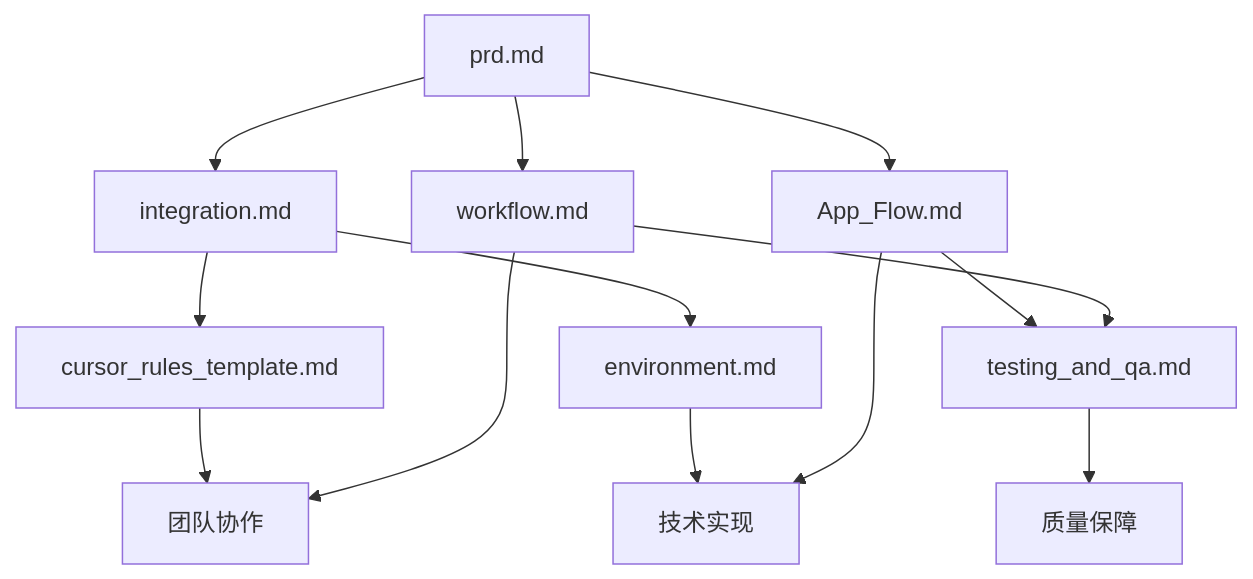
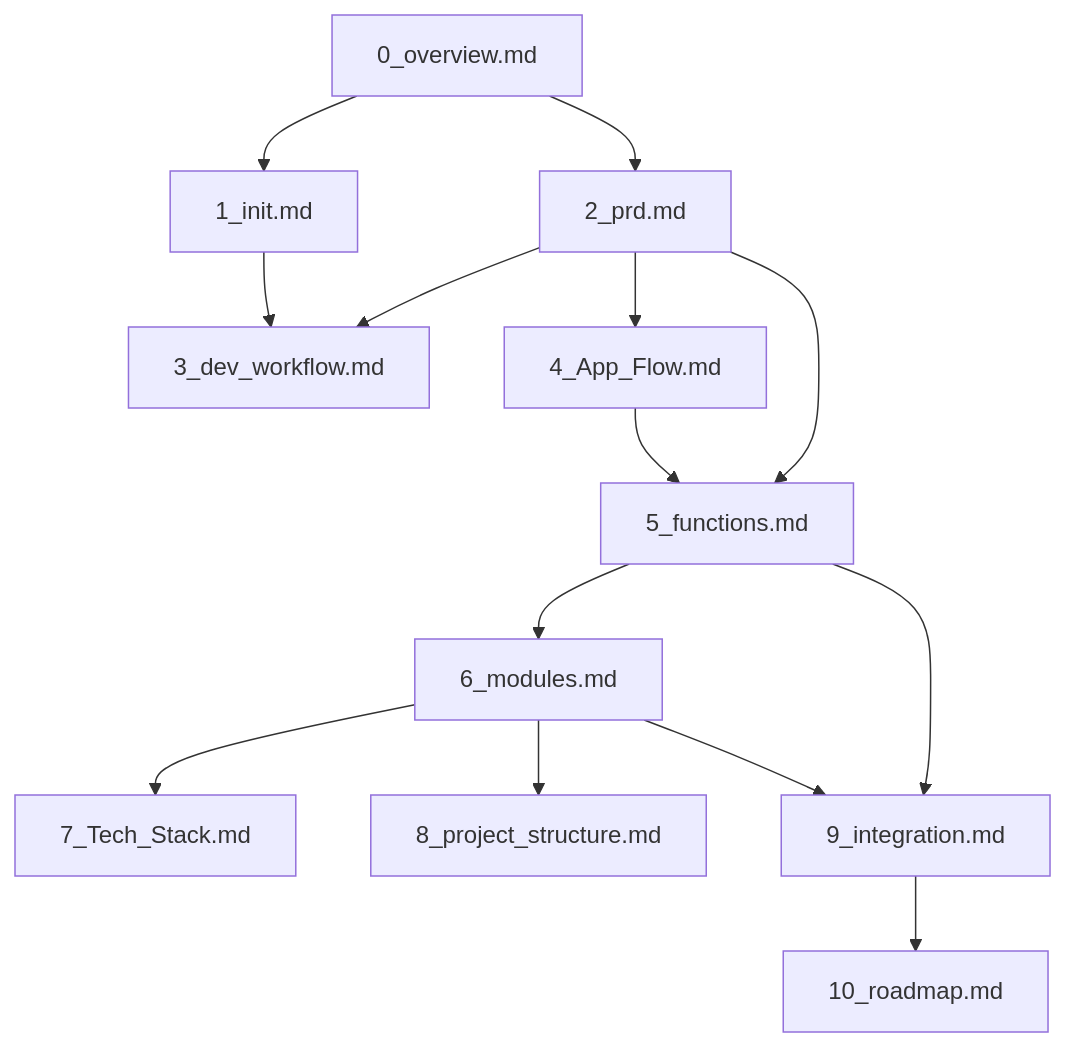
Before and after one commit to jacobcy/VibeCopilot: the diagram in docs/dev/guides/file_usage_guide.md, drawn with Mermaid. The commit also changed other lines of this file and 64 other files, not shown here.

````diff
--- a/docs/dev/guides/file_usage_guide.md
+++ b/docs/dev/guides/file_usage_guide.md
@@ -134,15 +203,22 @@
 ```mermaid
 graph TD
-    A[prd.md] --> B[integration.md]
-    A --> C[workflow.md]
-    A --> D[App_Flow.md]
-    B --> E[environment.md]
-    B --> F[cursor_rules_template.md]
-    C --> G[testing_and_qa.md]
-    D --> G
-    C --> H[团队协作]
-    D --> I[技术实现]
-    F --> H
-    E --> I
-    G --> J[质量保障]
+    A[0_overview.md] --> B[1_init.md]
+    A --> C[2_prd.md]
+
+    B --> D[3_dev_workflow.md]
+    C --> D
+    C --> E[4_App_Flow.md]
+
+    C --> F[5_functions.md]
+    E --> F
+
+    F --> G[6_modules.md]
+
+    G --> H[7_Tech_Stack.md]
+    G --> I[8_project_structure.md]
+
+    F --> J[9_integration.md]
+    G --> J
+
+    J --> K[10_roadmap.md]
 ```
````
